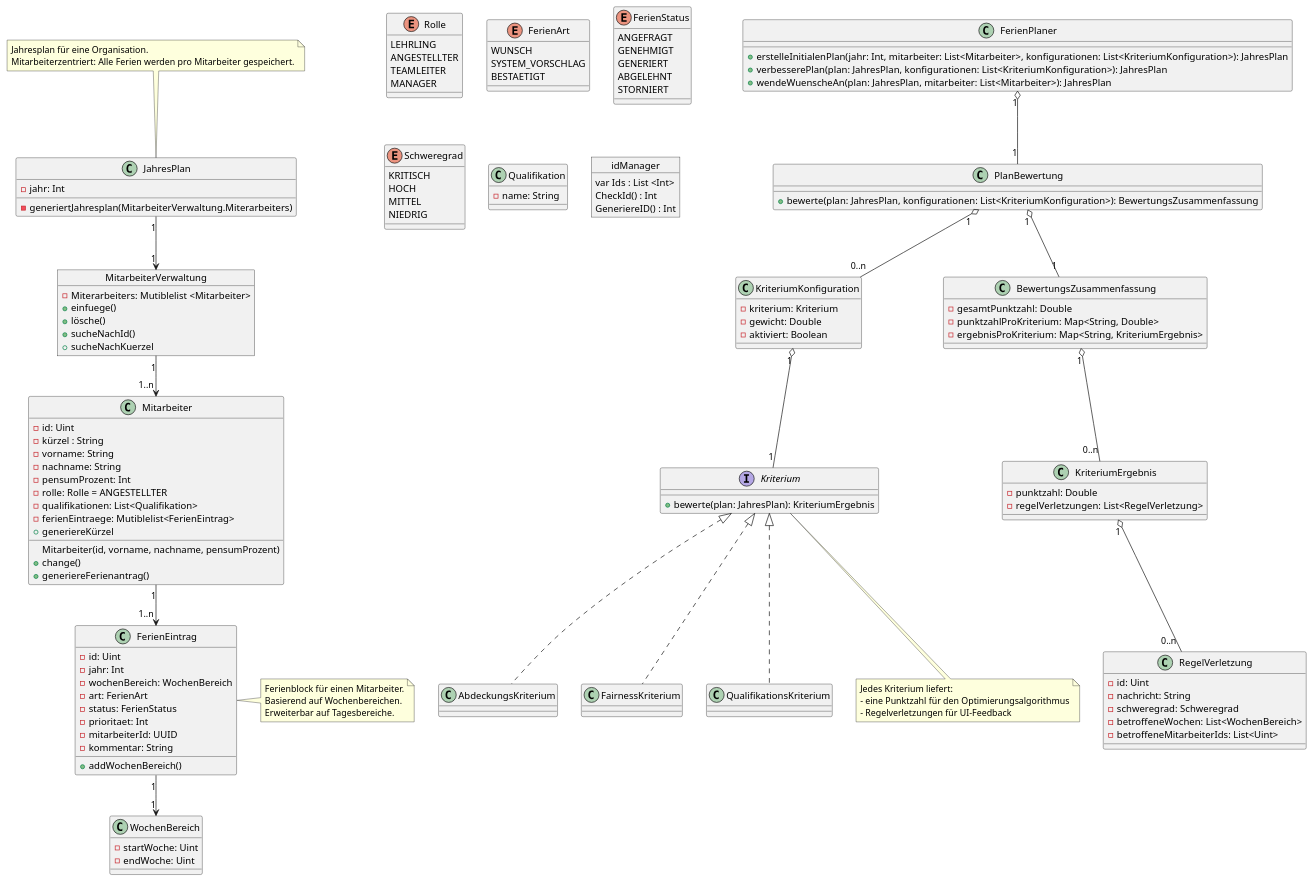
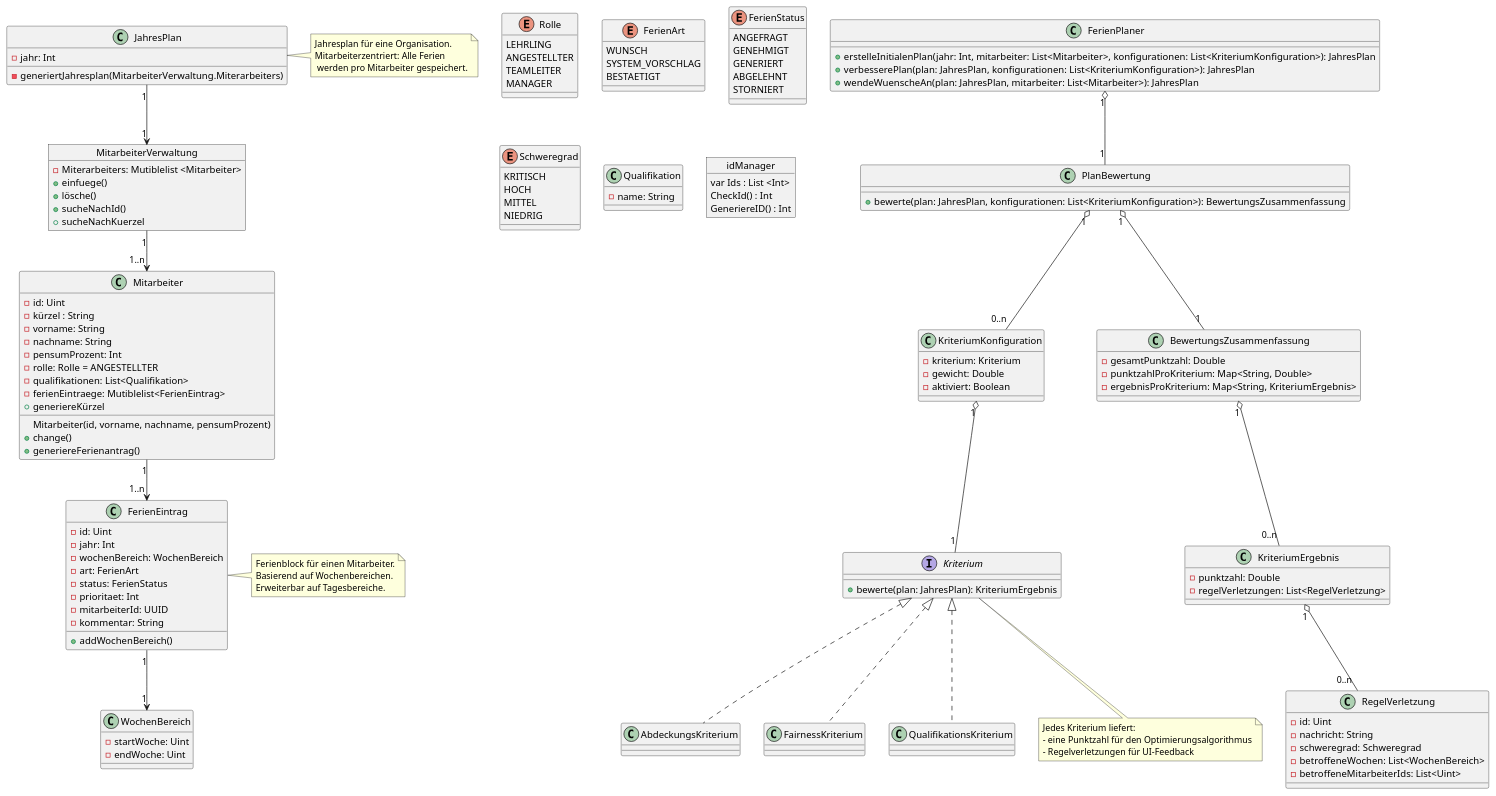
One commit to TheMorrisino/Semesterarbeiten_NDS_ABBTS changed the diagram in 1_Semesterarbeit/Ressourcix/doc/Ressourcix_Struktur_Deutsch.puml. Above: the diagram before and after it, drawn with PlantUML. The commit also changed 1 other file, not shown here.

Commit message:
MitarbeiterVerwaltung.kt angepasst

```diff
--- a/1_Semesterarbeit/Ressourcix/doc/Ressourcix_Struktur_Deutsch.puml
+++ b/1_Semesterarbeit/Ressourcix/doc/Ressourcix_Struktur_Deutsch.puml
@@ -1,188 +1,189 @@
 @startuml
 
 ' =========================
 ' Basis-Werteobjekte & Enums
 ' =========================
 
 
 
 enum Rolle {
   LEHRLING
   ANGESTELLTER
   TEAMLEITER
   MANAGER
 }
 
 enum FerienArt {
   WUNSCH
   SYSTEM_VORSCHLAG
   BESTAETIGT
 }
 
 enum FerienStatus {
   ANGEFRAGT
   GENEHMIGT
   GENERIERT
   ABGELEHNT
   STORNIERT
 }
 
 enum Schweregrad {
   KRITISCH
   HOCH
   MITTEL
   NIEDRIG
 }
 
 class Qualifikation {
   - name: String
 }
 
 ' =========================
 ' Kern-Domäne
 ' =========================
 
 
 class JahresPlan {
     - jahr: Int
     - generiertJahresplan(MitarbeiterVerwaltung.Miterarbeiters)
 }
 
 object MitarbeiterVerwaltung{
      - Miterarbeiters: Mutiblelist <Mitarbeiter>
      + einfuege()
      + lösche()
      + sucheNachId()
      + sucheNachKuerzel
 }
 
 class Mitarbeiter {
   - id: Uint
   - kürzel : String
   - vorname: String
   - nachname: String
   - pensumProzent: Int
   - rolle: Rolle = ANGESTELLTER
   - qualifikationen: List<Qualifikation>
   - ferienEintraege: Mutiblelist<FerienEintrag>
   Mitarbeiter(id, vorname, nachname, pensumProzent)
   + change()
   + generiereFerienantrag()
   + generiereKürzel
 }
 
 class FerienEintrag {
   - id: Uint
   - jahr: Int
   - wochenBereich: WochenBereich
   - art: FerienArt
   - status: FerienStatus
   - prioritaet: Int
   - mitarbeiterId: UUID
   - kommentar: String
   + addWochenBereich()
 }
 
 class WochenBereich {
   - startWoche: Uint
   - endWoche: Uint
 }
 
 object idManager {
     var Ids : List <Int>
     CheckId() : Int
     GeneriereID() : Int
 }
 
 ' =========================
 ' Kriterien & Regelwerk
 ' =========================
 
 interface Kriterium {
   +bewerte(plan: JahresPlan): KriteriumErgebnis
 }
 
 class KriteriumKonfiguration {
   - kriterium: Kriterium
   - gewicht: Double
   - aktiviert: Boolean
 }
 
 class KriteriumErgebnis {
   - punktzahl: Double
   - regelVerletzungen: List<RegelVerletzung>
 }
 
 class RegelVerletzung {
   - id: Uint
   - nachricht: String
   - schweregrad: Schweregrad
   - betroffeneWochen: List<WochenBereich>
   - betroffeneMitarbeiterIds: List<Uint>
 }
 
 ' Beispiel-Kriterien
 class AbdeckungsKriterium
 class FairnessKriterium
 class QualifikationsKriterium
 
 Kriterium <|.. AbdeckungsKriterium
 Kriterium <|.. FairnessKriterium
 Kriterium <|.. QualifikationsKriterium
 
 ' =========================
 ' Bewertung & Planung
 ' =========================
 
 class BewertungsZusammenfassung {
   - gesamtPunktzahl: Double
   - punktzahlProKriterium: Map<String, Double>
   - ergebnisProKriterium: Map<String, KriteriumErgebnis>
 }
 
 class PlanBewertung {
   +bewerte(plan: JahresPlan, konfigurationen: List<KriteriumKonfiguration>): BewertungsZusammenfassung
 }
 
 class FerienPlaner {
   +erstelleInitialenPlan(jahr: Int, mitarbeiter: List<Mitarbeiter>, konfigurationen: List<KriteriumKonfiguration>): JahresPlan
   +verbesserePlan(plan: JahresPlan, konfigurationen: List<KriteriumKonfiguration>): JahresPlan
   +wendeWuenscheAn(plan: JahresPlan, mitarbeiter: List<Mitarbeiter>): JahresPlan
 }
 
 ' =========================
 ' Beziehungen
 ' =========================
 
 JahresPlan "1" --> "1" MitarbeiterVerwaltung
 MitarbeiterVerwaltung "1" --> "1..n " Mitarbeiter
 Mitarbeiter "1" --> "1..n "  FerienEintrag
 FerienEintrag "1" --> "1"  WochenBereich
 
 KriteriumErgebnis "1" o-- "0..n " RegelVerletzung
 BewertungsZusammenfassung "1" o-- "0..n" KriteriumErgebnis
 KriteriumKonfiguration "1" o-- "1" Kriterium
 
 PlanBewertung "1" o-- "0..n " KriteriumKonfiguration
 PlanBewertung "1" o-- "1" BewertungsZusammenfassung
 
 FerienPlaner "1" o-- "1" PlanBewertung
 
-note top of JahresPlan
+note right of JahresPlan
   Jahresplan für eine Organisation.
-  Mitarbeiterzentriert: Alle Ferien werden pro Mitarbeiter gespeichert.
+  Mitarbeiterzentriert: Alle Ferien
+   werden pro Mitarbeiter gespeichert.
 end note
 
 note right of FerienEintrag
   Ferienblock für einen Mitarbeiter.
   Basierend auf Wochenbereichen.
   Erweiterbar auf Tagesbereiche.
 end note
 
 note bottom of Kriterium
   Jedes Kriterium liefert:
   - eine Punktzahl für den Optimierungsalgorithmus
   - Regelverletzungen für UI-Feedback
 end note
 
 @enduml
```
